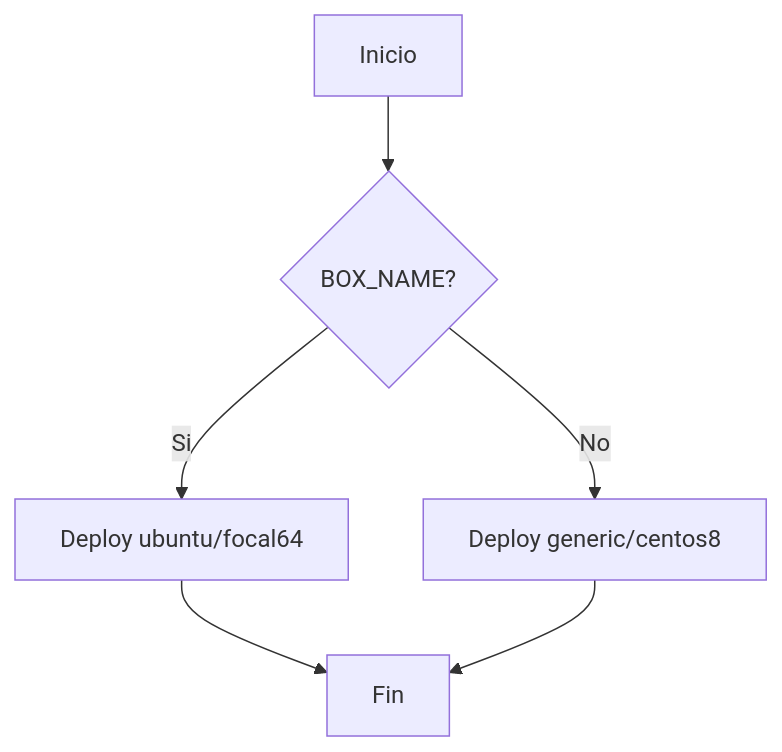
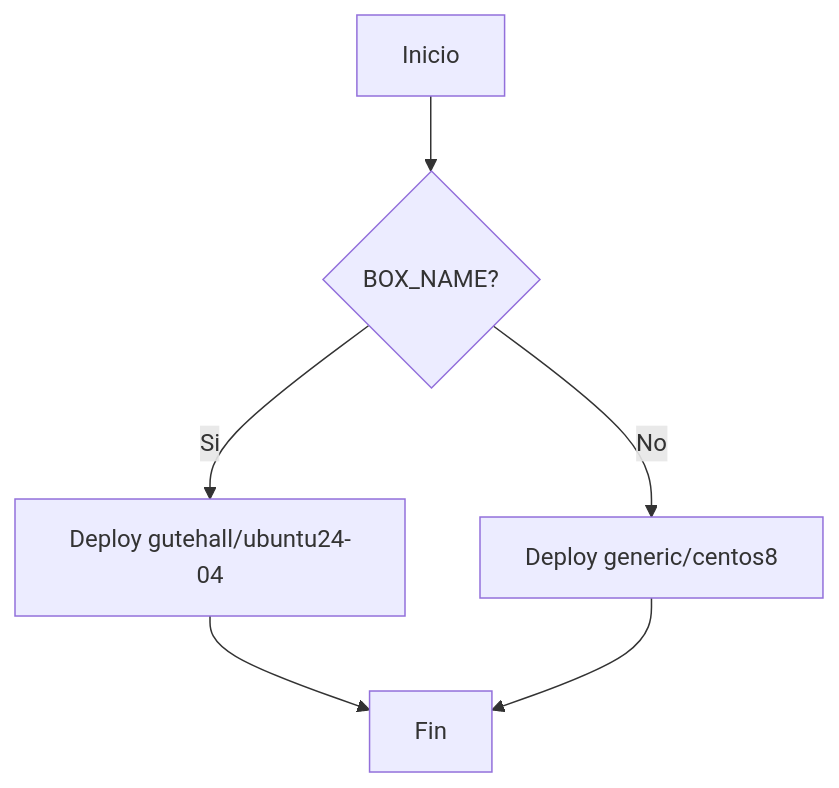
One commit to erikrs92/Chef_Vagrant_Wp changed the diagram in README.md. Above: the diagram before and after it, drawn with Mermaid.

Commit message:
Update Box Ubuntu

````diff
--- a/README.md
+++ b/README.md
@@ -96,8 +96,8 @@
 ```mermaid
 graph TB;
     A[Inicio] --> B{BOX_NAME?}
-    B -->|Si| C["Deploy ubuntu/focal64"]
+    B -->|Si| C["Deploy gutehall/ubuntu24-04"]
     B -->|No| D["Deploy generic/centos8"]
     C --> E[Fin]
     D --> E[Fin]
 ```
````
